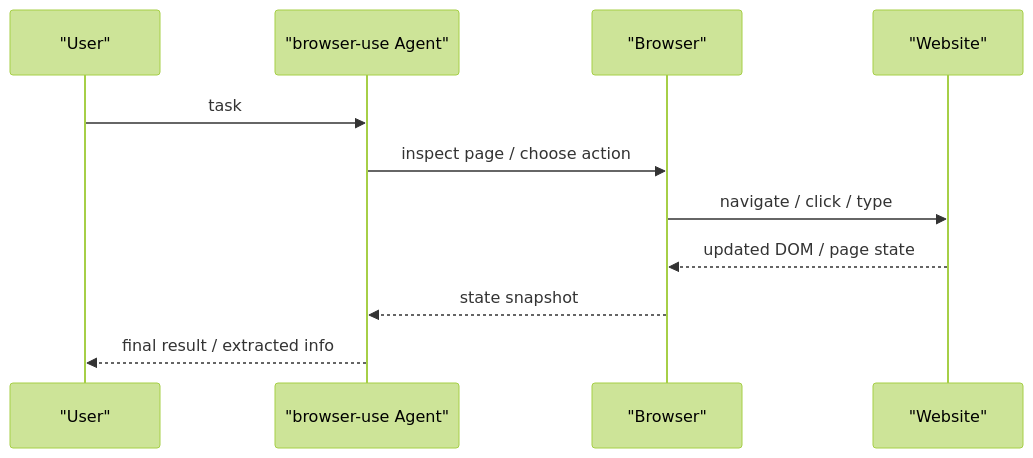
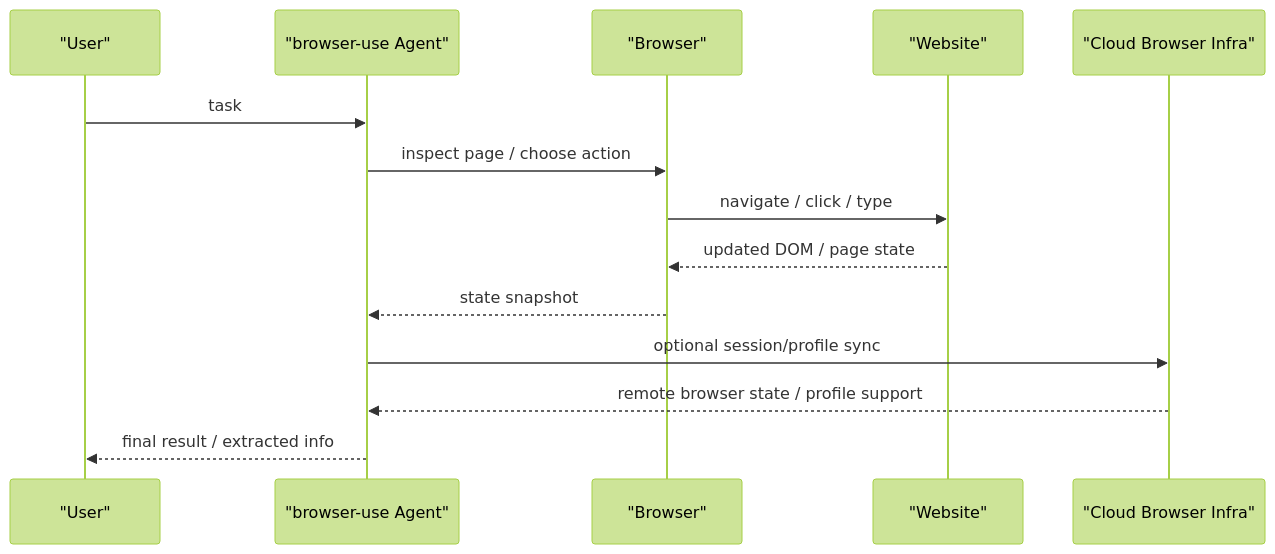
Before and after one commit to superliyang/tony-2026: the second of 2 diagrams in 01-Areas/AI-Open-Source/03-Projects/browser-use.md, drawn with Mermaid (forest theme). The commit also changed other lines of this file and 7 other files, not shown here.

````diff
--- a/01-Areas/AI-Open-Source/03-Projects/browser-use.md
+++ b/01-Areas/AI-Open-Source/03-Projects/browser-use.md
@@ -92,14 +143,17 @@
 ```mermaid
 sequenceDiagram
   participant User as "User"
   participant Agent as "browser-use Agent"
   participant Browser as "Browser"
   participant Site as "Website"
+  participant Cloud as "Cloud Browser Infra"
 
   User->>Agent: task
   Agent->>Browser: inspect page / choose action
   Browser->>Site: navigate / click / type
   Site-->>Browser: updated DOM / page state
   Browser-->>Agent: state snapshot
+  Agent->>Cloud: optional session/profile sync
+  Cloud-->>Agent: remote browser state / profile support
   Agent-->>User: final result / extracted info
 ```
````
